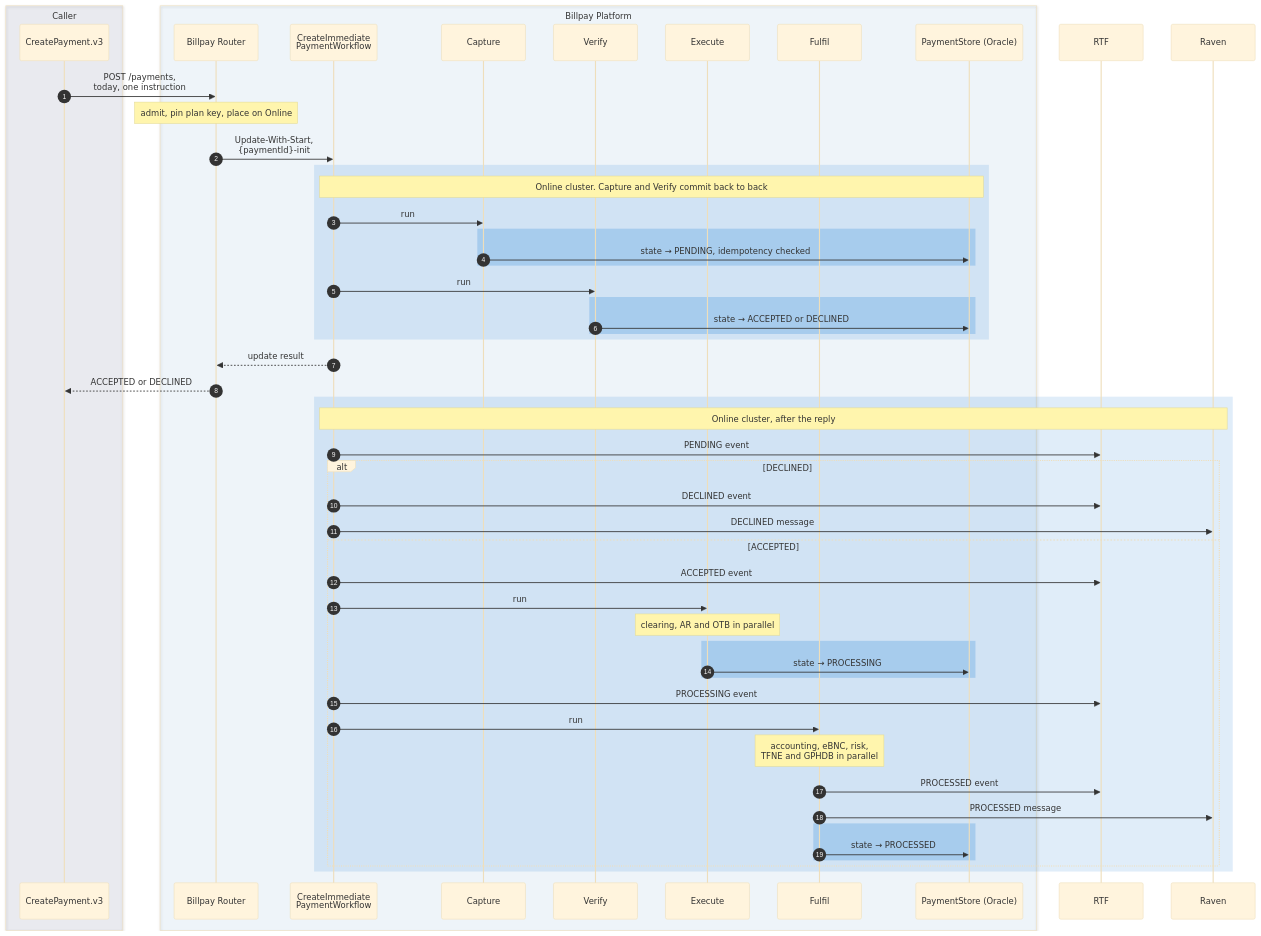
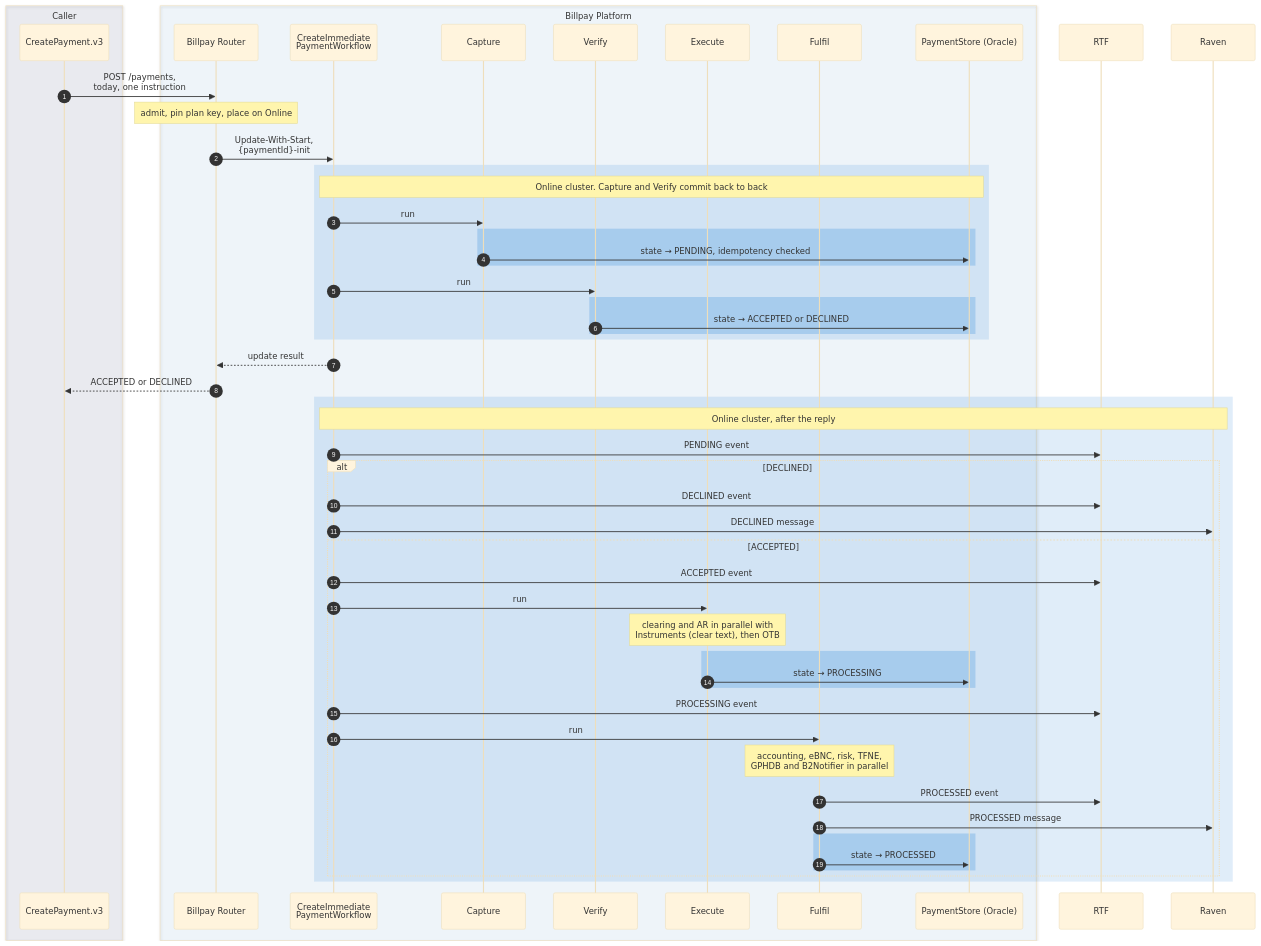
One commit to arunav-bhattacharya/billpay-book changed the first of 15 diagrams in website/docs/design/sequence-diagrams.md. Above: the diagram before and after it, drawn with Mermaid (base theme). The commit also changed other lines of this file and 24 other files, not shown here.

First line of the commit message:
B2Notifier, the Instruments call before open-to-buy, and the plan key's market

````diff
--- a/website/docs/design/sequence-diagrams.md
+++ b/website/docs/design/sequence-diagrams.md
@@ -30,69 +30,69 @@
 ```mermaid
 ---
 config:
   fontFamily: "BentonSansUI, Helvetica, Arial, sans-serif"
   fontSize: 15
 ---
 sequenceDiagram
   autonumber
 
   box rgba(0,23,90,0.07) Caller
     participant OD as CreatePayment.v3
   end
 
   box rgba(0,111,207,0.05) Billpay Platform
     participant R as Billpay Router
     participant WF as CreateImmediate<br/>PaymentWorkflow
     participant CAP as Capture
     participant VER as Verify
     participant EXE as Execute
     participant FUL as Fulfil
     participant PS as PaymentStore (Oracle)
   end
 
   participant RTF
   participant RAV as Raven
 
   OD->>R: POST /payments,<br/>today, one instruction
   Note over R: admit, pin plan key, place on Online
   R->>WF: Update-With-Start,<br/>{paymentId}-init
 
   rect rgba(0,111,207,0.12)
     Note over WF,PS: Online cluster. Capture and Verify commit back to back
     WF->>CAP: run
     rect rgba(102,169,226,0.40)
       CAP->>PS: state → PENDING, idempotency checked
     end
     WF->>VER: run
     rect rgba(102,169,226,0.40)
       VER->>PS: state → ACCEPTED or DECLINED
     end
   end
 
   WF-->>R: update result
   R-->>OD: ACCEPTED or DECLINED
 
   rect rgba(0,111,207,0.12)
     Note over WF,RAV: Online cluster, after the reply
     WF->>RTF: PENDING event
     alt DECLINED
       WF->>RTF: DECLINED event
       WF->>RAV: DECLINED message
     else ACCEPTED
       WF->>RTF: ACCEPTED event
       WF->>EXE: run
-      Note over EXE: clearing, AR and OTB in parallel
+      Note over EXE: clearing and AR in parallel with<br/>Instruments (clear text), then OTB
       rect rgba(102,169,226,0.40)
         EXE->>PS: state → PROCESSING
       end
       WF->>RTF: PROCESSING event
       WF->>FUL: run
-      Note over FUL: accounting, eBNC, risk,<br/>TFNE and GPHDB in parallel
+      Note over FUL: accounting, eBNC, risk, TFNE,<br/>GPHDB and B2Notifier in parallel
       FUL->>RTF: PROCESSED event
       FUL->>RAV: PROCESSED message
       rect rgba(102,169,226,0.40)
         FUL->>PS: state → PROCESSED
       end
     end
   end
 ```
````
